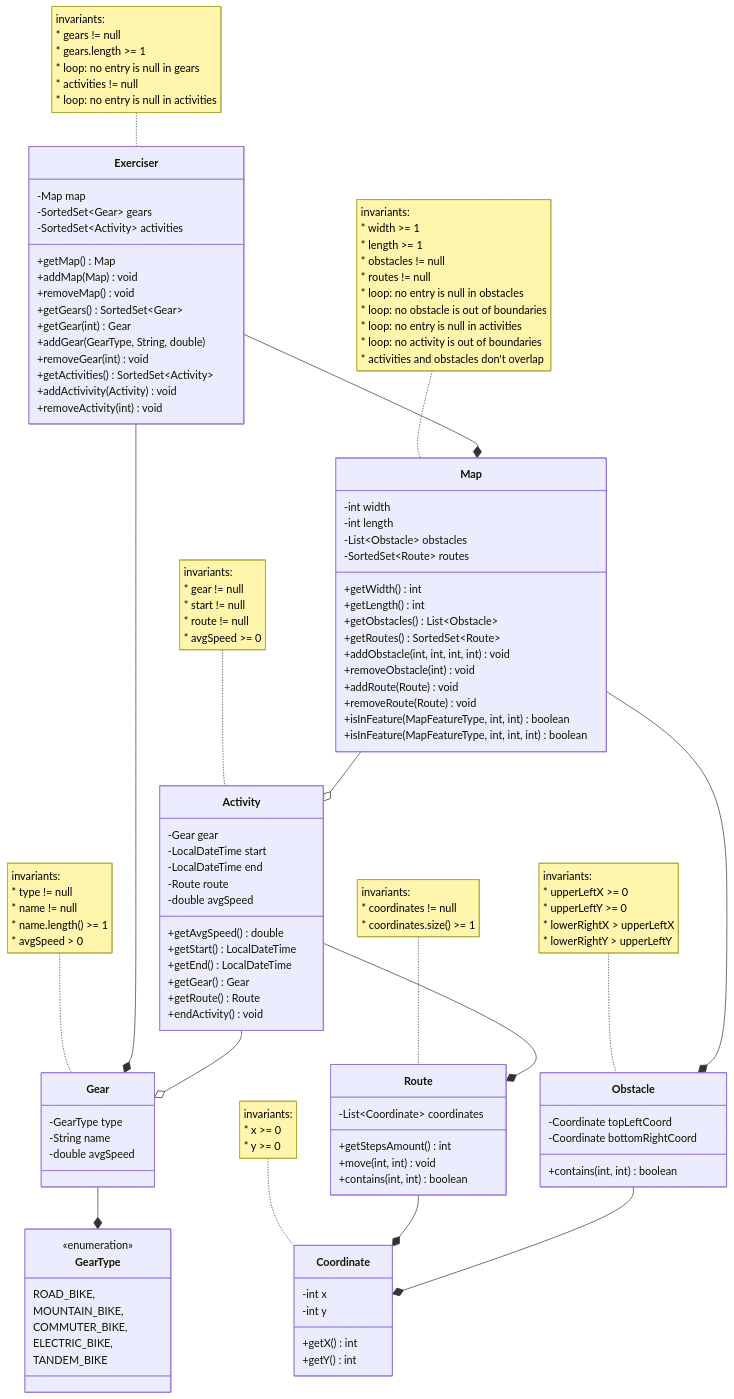
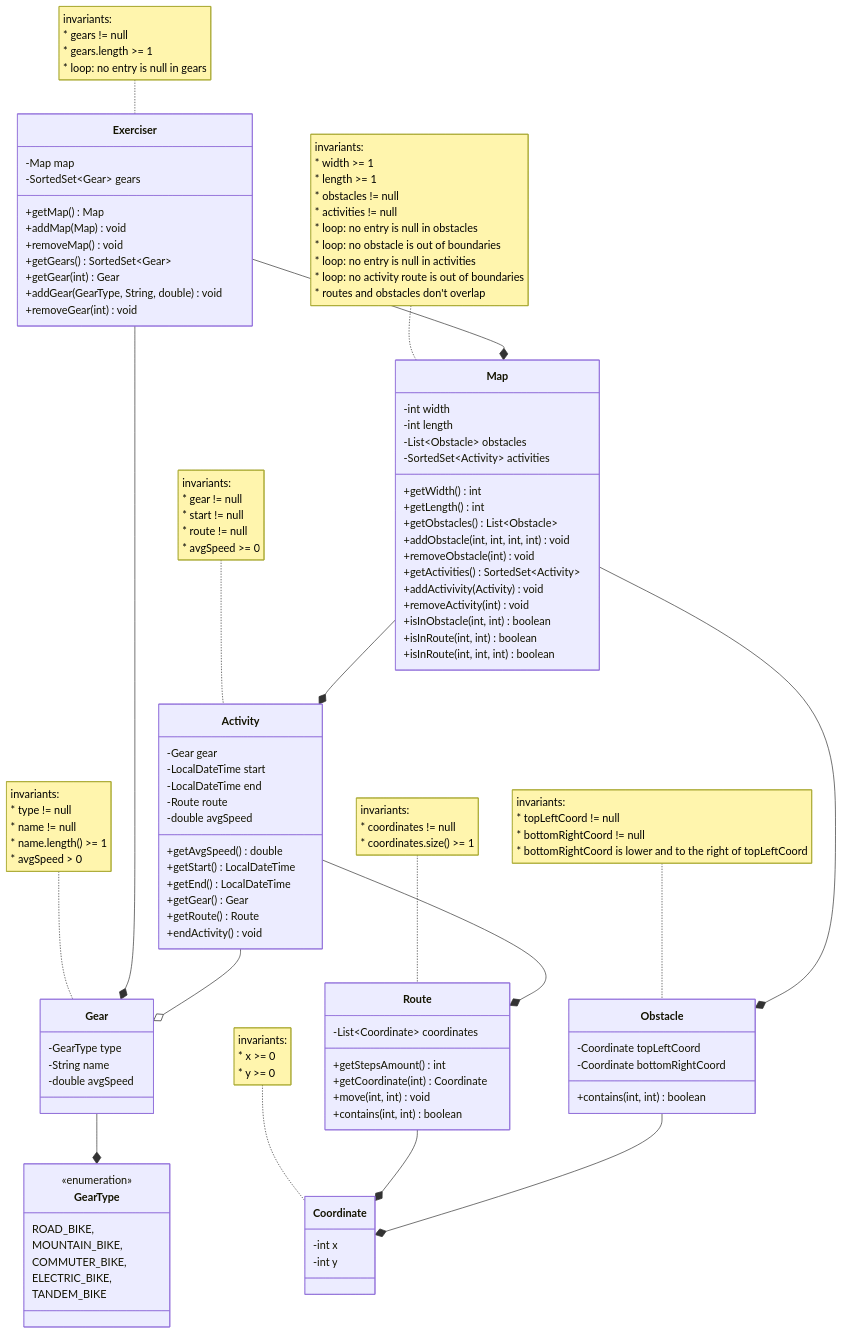
One commit to NarekVeranyan05/exercise_tracker changed the diagram in README.md. Above: the diagram before and after it, drawn with Mermaid. The commit also changed other lines of this file and 12 other files, not shown here.

````diff
--- a/README.md
+++ b/README.md
@@ -42,30 +42,23 @@
     class Exerciser {
         -Map map
         -SortedSet~Gear~ gears
-        -SortedSet~Activity~ activities
         
         +getMap() Map
         +addMap(Map) void
         +removeMap() void
         +getGears() SortedSet~Gear~
         +getGear(int) Gear
-        +addGear(GearType, String, double)
+        +addGear(GearType, String, double) void
         +removeGear(int) void
-        +getActivities() SortedSet~Activity~
-        +addActivivity(Activity) void
-        +removeActivity(int) void
     }
     
     note for Exerciser"invariants:
         * gears != null
         * gears.length >= 1
-        * loop: no entry is null in gears
-        * activities != null
-        * loop: no entry is null in activities"
+        * loop: no entry is null in gears"
     
     Exerciser --* Gear
     Exerciser --* Map
-%%    Exerciser --* Activity
     
     class Gear {
         -GearType type
@@ -94,33 +87,34 @@
         -int width
         -int length
         -List~Obstacle~ obstacles
-        -SortedSet~Route~ routes
+        -SortedSet~Activity~ activities
         
         +getWidth() int
         +getLength() int
         +getObstacles() List~Obstacle~
-        +getRoutes() SortedSet~Route~
         +addObstacle(int, int, int, int) void
         +removeObstacle(int) void
-        +addRoute(Route) void
-        +removeRoute(Route) void
-        +isInFeature(MapFeatureType, int, int) boolean
-        +isInFeature(MapFeatureType, int, int, int) boolean
+        +getActivities() SortedSet~Activity~
+        +addActivivity(Activity) void
+        +removeActivity(int) void
+        +isInObstacle(int, int) boolean
+        +isInRoute(int, int) boolean
+        +isInRoute(int, int, int) boolean
     }
     
     note for Map"invariants:
         * width >= 1
         * length >= 1
         * obstacles != null
-        * routes != null
+        * activities != null
         * loop: no entry is null in obstacles
         * loop: no obstacle is out of boundaries
         * loop: no entry is null in activities
-        * loop: no activity is out of boundaries
-        * activities and obstacles don't overlap"
+        * loop: no activity route is out of boundaries
+        * routes and obstacles don't overlap"
     
     Map --* Obstacle
-    Map --o Activity
+    Map --* Activity
     
     class Activity{
         -Gear gear
@@ -150,6 +144,7 @@
         -List~Coordinate~ coordinates
         
         +getStepsAmount() int
+        +getCoordinate(int) Coordinate
         +move(int, int) void
         +contains(int, int) boolean
     }
@@ -168,83 +163,18 @@
     }
     
     note for Obstacle"invariants:
-        * upperLeftX >= 0
-        * upperLeftY >= 0
-        * lowerRightX > upperLeftX
-        * lowerRightY > upperLeftY"
+        * topLeftCoord != null
+        * bottomRightCoord != null
+        * bottomRightCoord is lower and to the right of topLeftCoord"
     
     Obstacle --* Coordinate
     
     class Coordinate {
         -int x
         -int y
-        
-        +getX() int
-        +getY() int
     }
     
     note for Coordinate "invariants:
         * x >= 0
         * y >= 0"
-    
-    %%    class ExerciserPrinter{
-    %%        -Exerciser exerciser
-    %%        
-    %%        +print() void
-    %%    }
-    %%    
-    %%    note for ExerciserPrinter"invariants:
-    %%        * exerciser != null
-    %%    "
-    %%    
-    %%    ExerciserPrinter --o Exerciser
-    %%    
-    %%    class GearPrinter {
-    %%        -Gear gear
-    %%        
-    %%        +print() void
-    %%    }
-    %%    
-    %%    note for GearPrinter"invariants:
-    %%        * gear != null
-    %%    "
-    %%    
-    %%    GearPrinter --o Gear
-    %%
-    %%    class MapPrinter {
-    %%        -Map map
-    %%        
-    %%        printMap() void
-    %%        printMap(int) void
-    %%    }
-    %%    
-    %%    note for MapPrinter"invariants:
-    %%        * map != null
-    %%    "
-    %%    
-    %%    MapPrinter --o Map
-    %%    
-    %%    class ActivityPrinter {
-    %%        -Activity activity
-    %%        
-    %%        print() void
-    %%    }
-    %%    
-    %%    note for ActivityPrinter"invariants:
-    %%        * activity != null
-    %%    "
-    %%
-    %%    class ObstaclePrinter {
-    %%        -Obstacle obstacle
-    %%
-    %%        +print() void
-    %%    }
-    %%
-    %%    note for ObstaclePrinter"invariants:
-    %%        * obstacles != null
-    %%    "
-    %%
-    %%    ObstaclePrinter --o Obstacle
-    %%    
-    %%    ActivityPrinter --o Activity  
 ```
````
